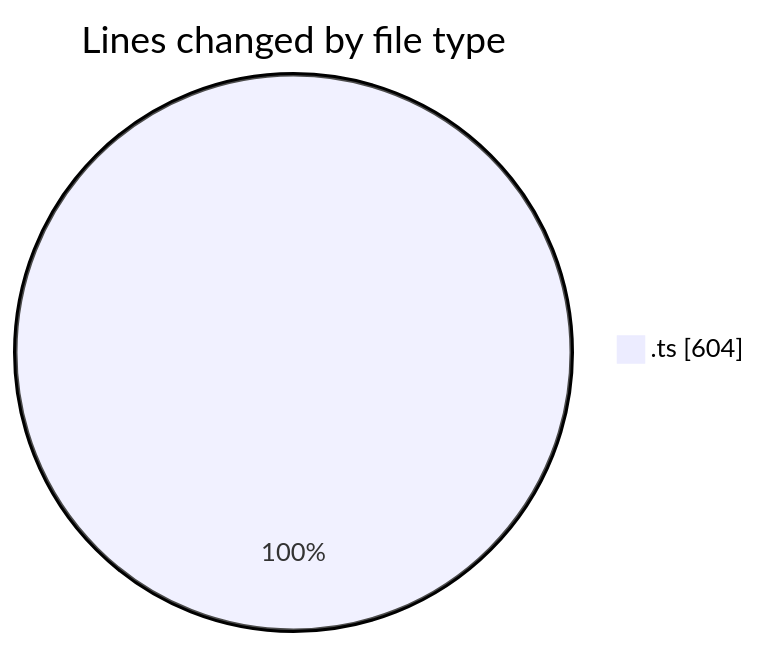
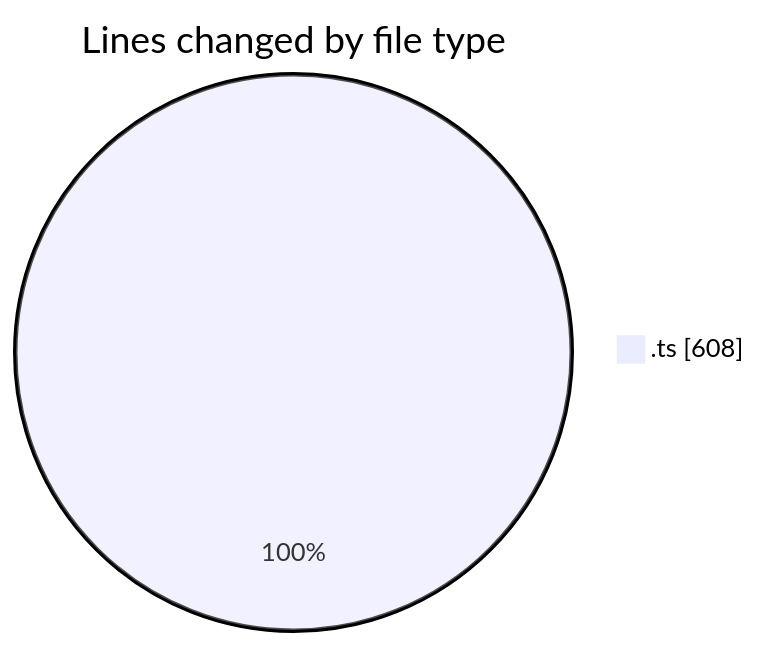
One commit to ricardozamudiocil/code-tracking changed the first of 2 diagrams in 2026-09-17/cilwebcustomercomunicationfront/README.md. Above: the diagram before and after it, drawn with Mermaid. The commit also changed other lines of this file and 2 other files, not shown here.

````diff
--- a/2026-09-17/cilwebcustomercomunicationfront/README.md
+++ b/2026-09-17/cilwebcustomercomunicationfront/README.md
@@ -20,5 +20,5 @@
 ```mermaid
 pie showData
 title Lines changed by file type
-".ts" : 604
+".ts" : 608
 ```
````
